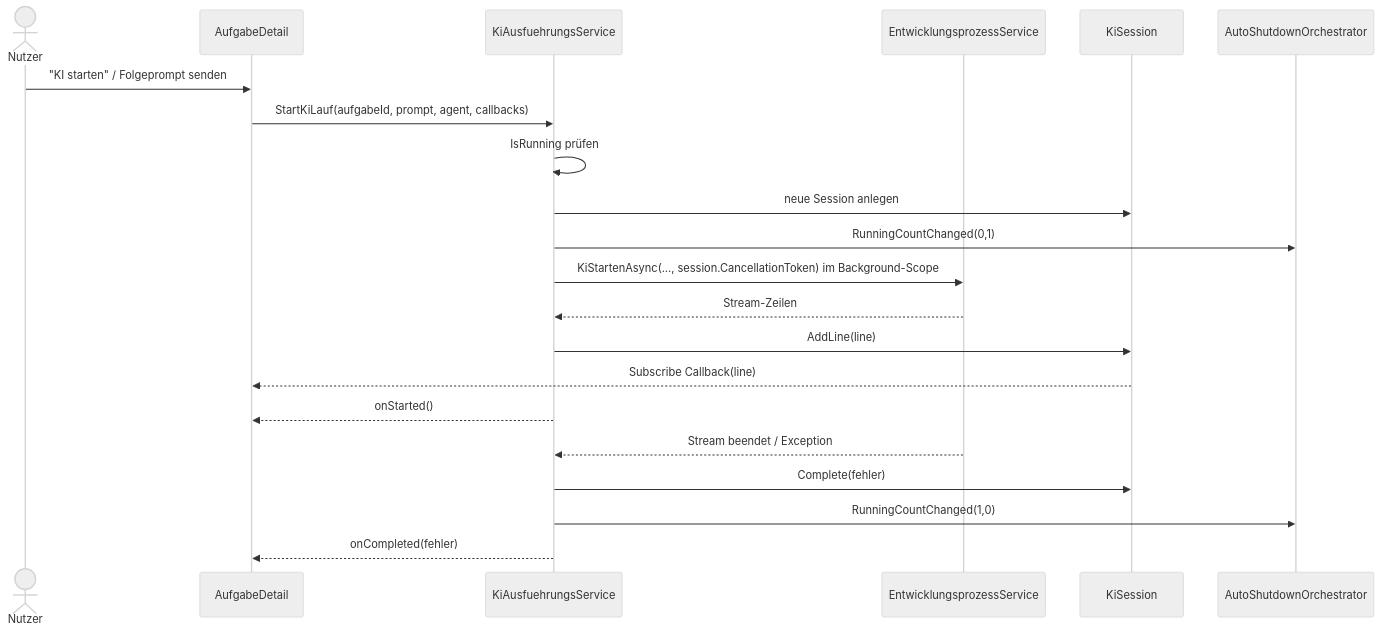
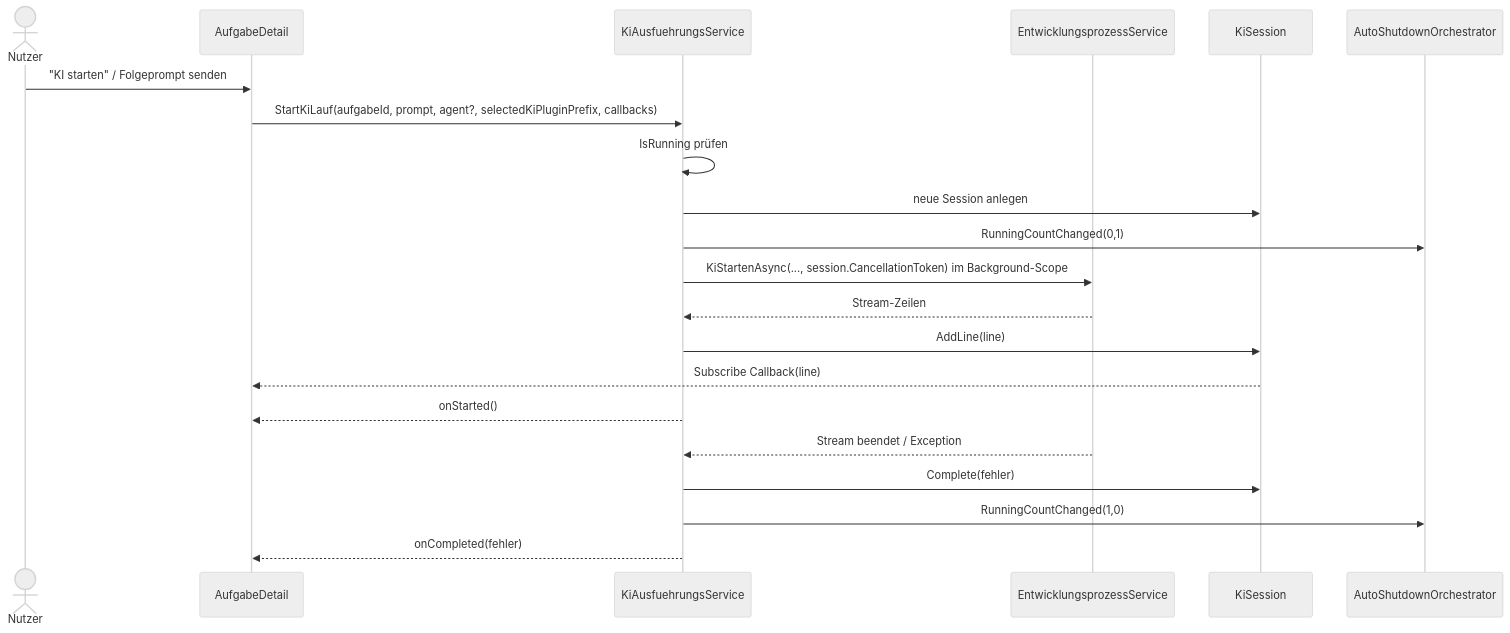
Before and after one commit to martin-stromberg/Softwareschmiede: the first of 2 diagrams in docs/flows/ki-ausfuehrungs-service-flow.md, drawn with Mermaid (neutral theme). The commit also changed other lines of this file and 28 other files, not shown here.

````diff
--- a/docs/flows/ki-ausfuehrungs-service-flow.md
+++ b/docs/flows/ki-ausfuehrungs-service-flow.md
@@ -13,24 +14,24 @@
 ```mermaid
 sequenceDiagram
     actor U as Nutzer
     participant UI as AufgabeDetail
     participant KS as KiAusfuehrungsService
     participant EP as EntwicklungsprozessService
     participant Sess as KiSession
     participant AS as AutoShutdownOrchestrator
 
     U->>UI: "KI starten" / Folgeprompt senden
-    UI->>KS: StartKiLauf(aufgabeId, prompt, agent, callbacks)
+    UI->>KS: StartKiLauf(aufgabeId, prompt, agent?, selectedKiPluginPrefix, callbacks)
     KS->>KS: IsRunning prüfen
     KS->>Sess: neue Session anlegen
     KS->>AS: RunningCountChanged(0,1)
     KS->>EP: KiStartenAsync(..., session.CancellationToken) im Background-Scope
     EP-->>KS: Stream-Zeilen
     KS->>Sess: AddLine(line)
     Sess-->>UI: Subscribe Callback(line)
     KS-->>UI: onStarted()
     EP-->>KS: Stream beendet / Exception
     KS->>Sess: Complete(fehler)
     KS->>AS: RunningCountChanged(1,0)
     KS-->>UI: onCompleted(fehler)
 ```
````
